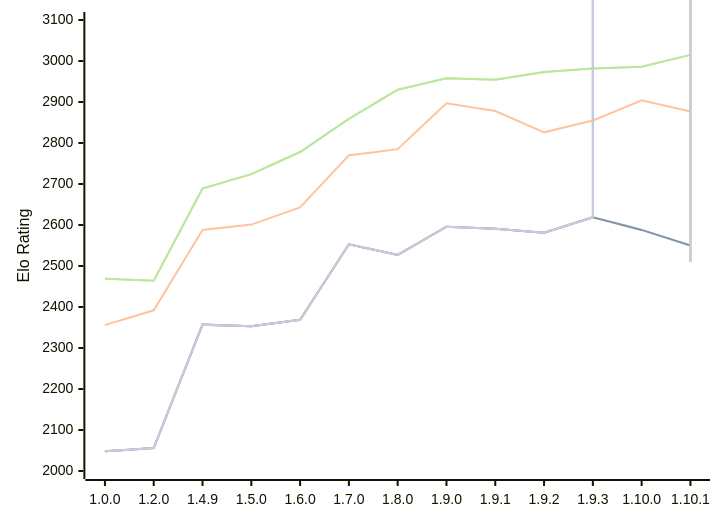
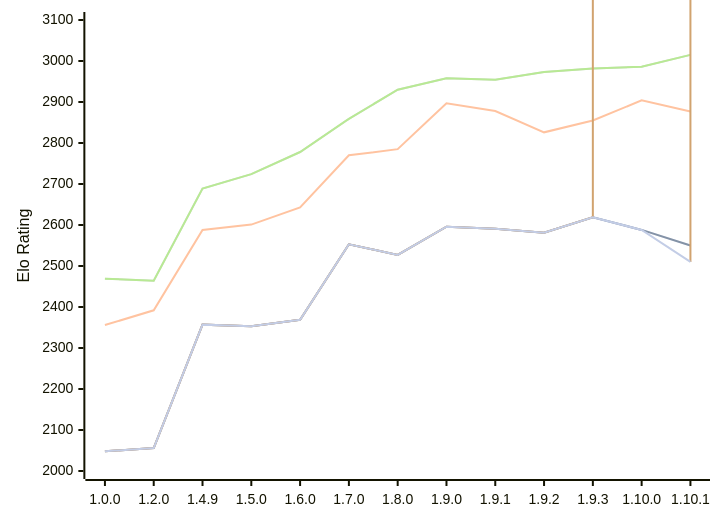
Before and after one commit to computer-chess-index/cci: the diagram in engines/Basilisk.md, drawn with Mermaid. The commit also changed other lines of this file, not shown here.

Commit message:
Update CCI Ratings (ELO VLTC) - 2026-10-10

````diff
--- a/engines/Basilisk.md
+++ b/engines/Basilisk.md
@@ -60,13 +60,13 @@
 ```mermaid
 %%{init: {"theme":"base","themeVariables":{"seriesColors:['#a3a3a3','#222221','#faa371']}}}%%
 xychart-beta
   x-axis ["1.0.0", "1.2.0", "1.4.9", "1.5.0", "1.6.0", "1.7.0", "1.8.0", "1.9.0", "1.9.1", "1.9.2", "1.9.3", "1.10.0", "1.10.1"]
   y-axis "Elo Rating" 2000 --> 3100
   line "" [2048, 2056, 2357, 2353, 2369, 2553, 2527, 2596, 2591, 2581, 2619, 2588, 2550]
   line "T1: STC (8.0+0.08s)" [2048, 2056, 2357, 2353, 2369, 2553, 2527, 2596, 2591, 2581, 2619, 2588, 2550]
   line "T1: LTC (60.0+0.60s)" [2356, 2392, 2588, 2601, 2643, 2770, 2785, 2897, 2878, 2826, 2855, 2904, 2877]
   line "" [2469, 2464, 2689, 2724, 2778, 2859, 2930, 2958, 2954, 2973, 2982, 2986, 3015]
   line "T1: VLTC (2m24s+1.12s)" [2469, 2464, 2689, 2724, 2778, 2859, 2930, 2958, 2954, 2973, 2982, 2986, 3015]
   line "" [2048, 2056, 2357, 2353, 2369, 2553, 2527, 2596, 2591, 2581, 2619, 25882510, 2510]
-  line "E1: STC (8.0+0.08s)" [2048, 2056, 2357, 2353, 2369, 2553, 2527, 2596, 2591, 2581, 2619, 25882510, 2510]
+  line "E1: STC (8.0+0.08s)" [2048, 2056, 2357, 2353, 2369, 2553, 2527, 2596, 2591, 2581, 2619, 2588,2510, 2510]
 ```
````
